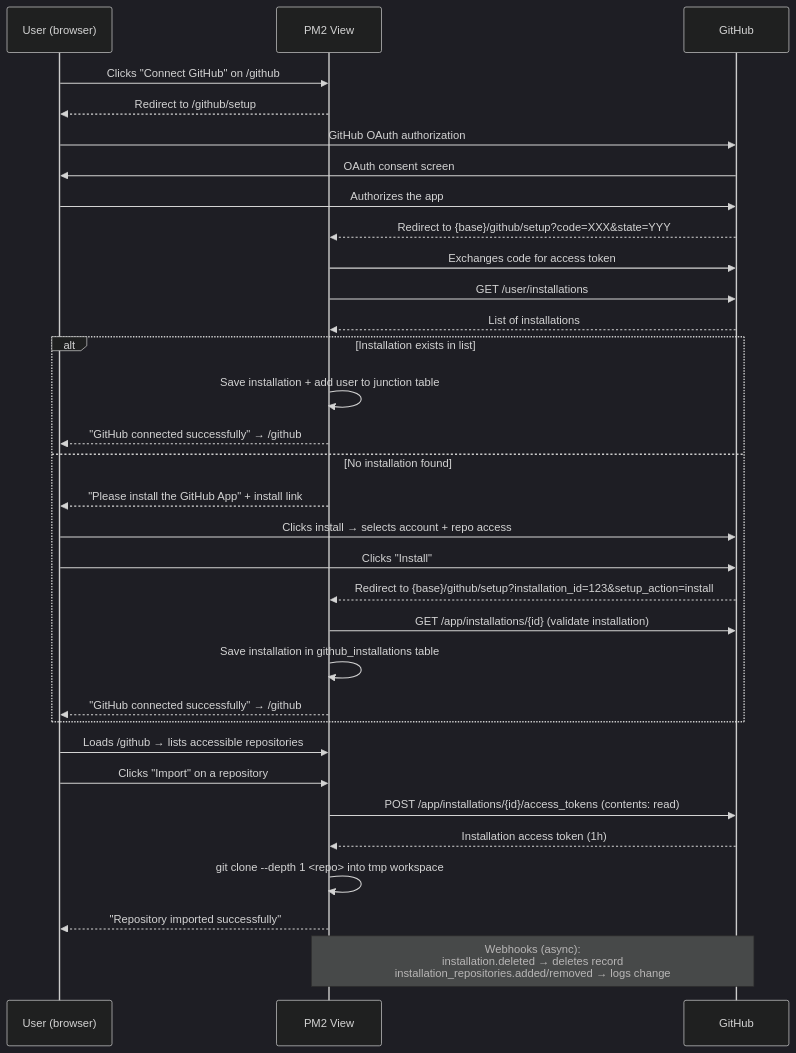
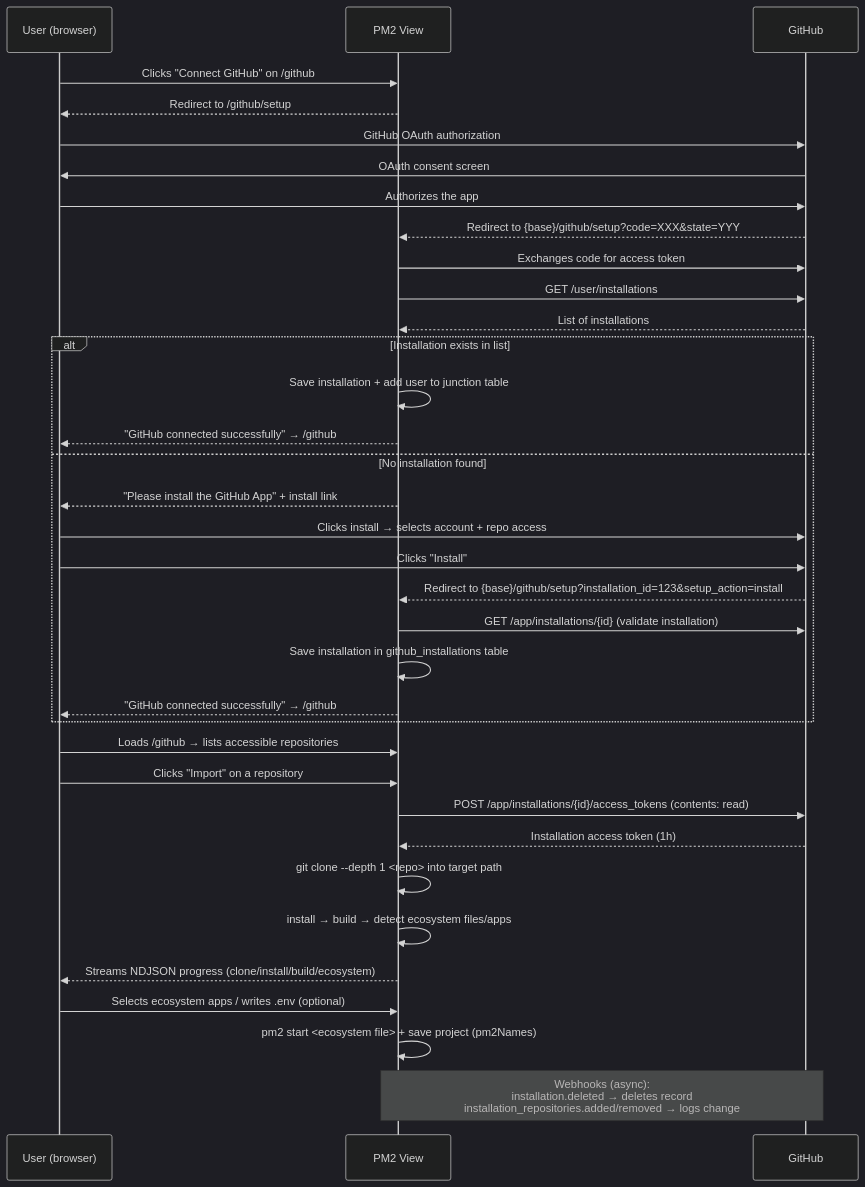
The diagram in docs/github-integration.md (programadorisgod/pm2-view), drawn with Mermaid (dark theme) before and after one commit. The commit also changed other lines of this file and 6 other files, not shown here.

````diff
--- a/docs/github-integration.md
+++ b/docs/github-integration.md
@@ -18,35 +21,38 @@
 ```mermaid
 sequenceDiagram
     participant U as User (browser)
     participant A as PM2 View
     participant G as GitHub
 
     U->>A: Clicks "Connect GitHub" on /github
     A-->>U: Redirect to /github/setup
     U->>G: GitHub OAuth authorization
     G->>U: OAuth consent screen
     U->>G: Authorizes the app
     G-->>A: Redirect to {base}/github/setup?code=XXX&state=YYY
     A->>G: Exchanges code for access token
     A->>G: GET /user/installations
     G-->>A: List of installations
     alt Installation exists in list
         A->>A: Save installation + add user to junction table
         A-->>U: "GitHub connected successfully" → /github
     else No installation found
         A-->>U: "Please install the GitHub App" + install link
         U->>G: Clicks install → selects account + repo access
         U->>G: Clicks "Install"
         G-->>A: Redirect to {base}/github/setup?installation_id=123&setup_action=install
         A->>G: GET /app/installations/{id} (validate installation)
         A->>A: Save installation in github_installations table
         A-->>U: "GitHub connected successfully" → /github
     end
     U->>A: Loads /github → lists accessible repositories
     U->>A: Clicks "Import" on a repository
     A->>G: POST /app/installations/{id}/access_tokens (contents: read)
     G-->>A: Installation access token (1h)
-    A->>A: git clone --depth 1 <repo> into tmp workspace
-    A-->>U: "Repository imported successfully"
+    A->>A: git clone --depth 1 <repo> into target path
+    A->>A: install → build → detect ecosystem files/apps
+    A-->>U: Streams NDJSON progress (clone/install/build/ecosystem)
+    U->>A: Selects ecosystem apps / writes .env (optional)
+    A->>A: pm2 start <ecosystem file> + save project (pm2Names)
     Note over A,G: Webhooks (async):<br/>installation.deleted → deletes record<br/>installation_repositories.added/removed → logs change
 ```
````
